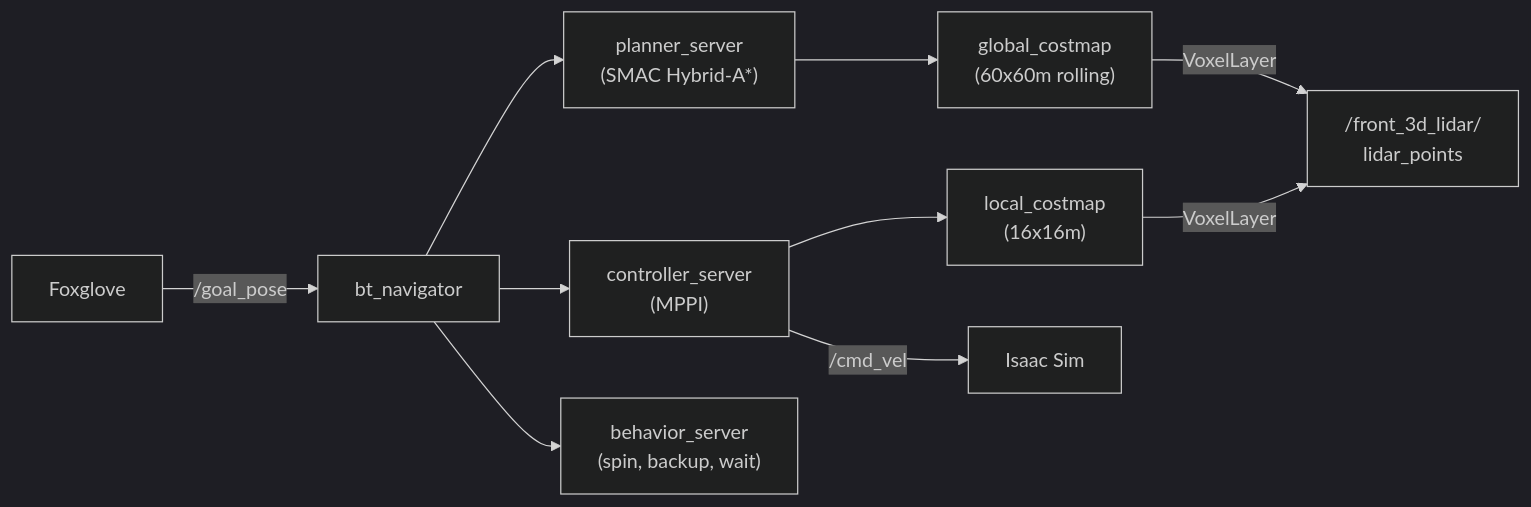
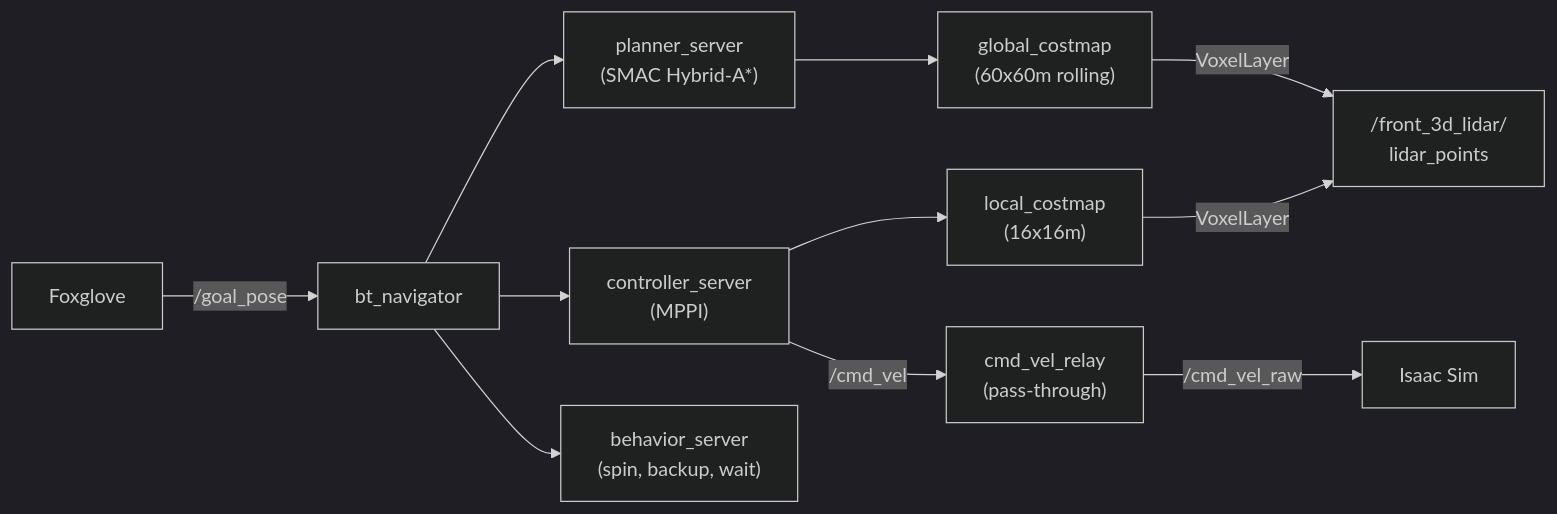
Before and after one commit to zeulewan/robot-docs: the diagram in docs/simulation/isaac-ros/nodes/nav2.md, drawn with Mermaid (dark theme). The commit also changed other lines of this file and 20 other files, not shown here.

````diff
--- a/docs/simulation/isaac-ros/nodes/nav2.md
+++ b/docs/simulation/isaac-ros/nodes/nav2.md
@@ -7,12 +16,13 @@
 ```mermaid
 flowchart LR
     FOX["Foxglove"] -- "/goal_pose" --> BT["bt_navigator"]
     BT --> PLAN["planner_server<br/>(SMAC Hybrid-A*)"]
     BT --> CTRL["controller_server<br/>(MPPI)"]
     BT --> BEH["behavior_server<br/>(spin, backup, wait)"]
     PLAN --> GCOST["global_costmap<br/>(60x60m rolling)"]
     CTRL --> LCOST["local_costmap<br/>(16x16m)"]
     GCOST -- "VoxelLayer" --> LIDAR["/front_3d_lidar/<br/>lidar_points"]
     LCOST -- "VoxelLayer" --> LIDAR
-    CTRL -- "/cmd_vel" --> SIM["Isaac Sim"]
+    CTRL -- "/cmd_vel" --> RELAY["cmd_vel_relay<br/>(pass-through)"]
+    RELAY -- "/cmd_vel_raw" --> SIM["Isaac Sim"]
 ```
````
